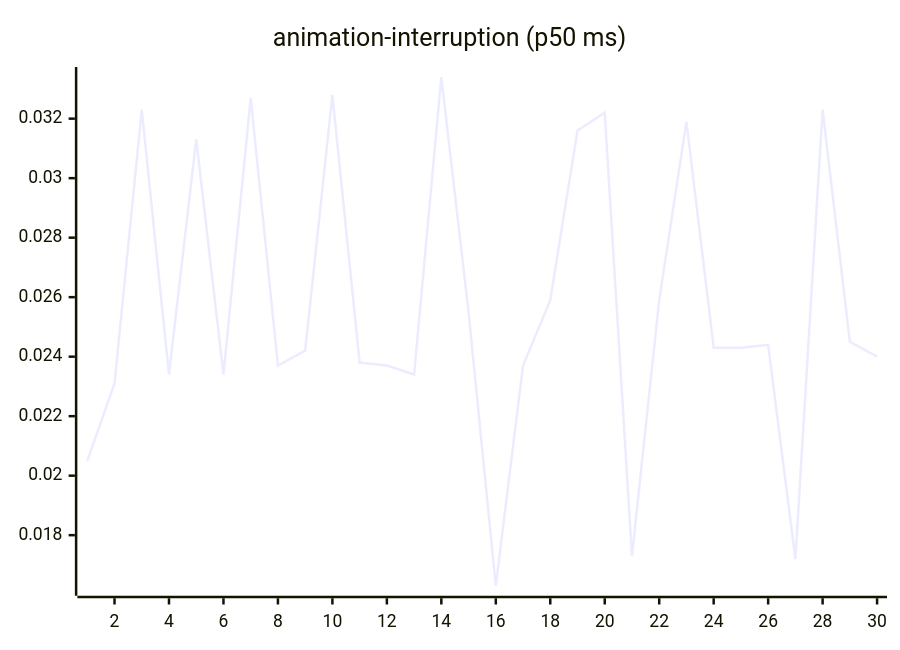
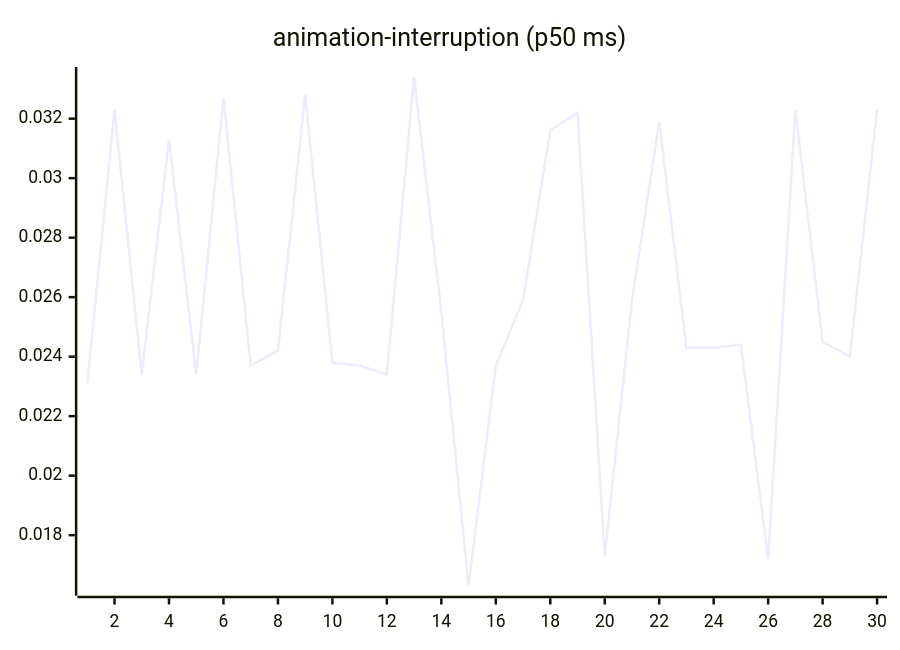
The third of 27 diagrams in README.md (josha/Facet), drawn with Mermaid before and after one commit. The commit also changed other lines of this file and 2 other files, not shown here.

````diff
--- a/README.md
+++ b/README.md
@@ -77,6 +77,6 @@
 ```mermaid
 xychart-beta
     title "animation-interruption (p50 ms)"
     x-axis 1 --> 30
-    line [0.0205, 0.0231, 0.0323, 0.0234, 0.0313, 0.0234, 0.0327, 0.0237, 0.0242, 0.0328, 0.0238, 0.0237, 0.0234, 0.0334, 0.0255, 0.0163, 0.0237, 0.0259, 0.0316, 0.0322, 0.0173, 0.0259, 0.0319, 0.0243, 0.0243, 0.0244, 0.0172, 0.0323, 0.0245, 0.0240]
+    line [0.0231, 0.0323, 0.0234, 0.0313, 0.0234, 0.0327, 0.0237, 0.0242, 0.0328, 0.0238, 0.0237, 0.0234, 0.0334, 0.0255, 0.0163, 0.0237, 0.0259, 0.0316, 0.0322, 0.0173, 0.0259, 0.0319, 0.0243, 0.0243, 0.0244, 0.0172, 0.0323, 0.0245, 0.0240, 0.0323]
 ```
````
